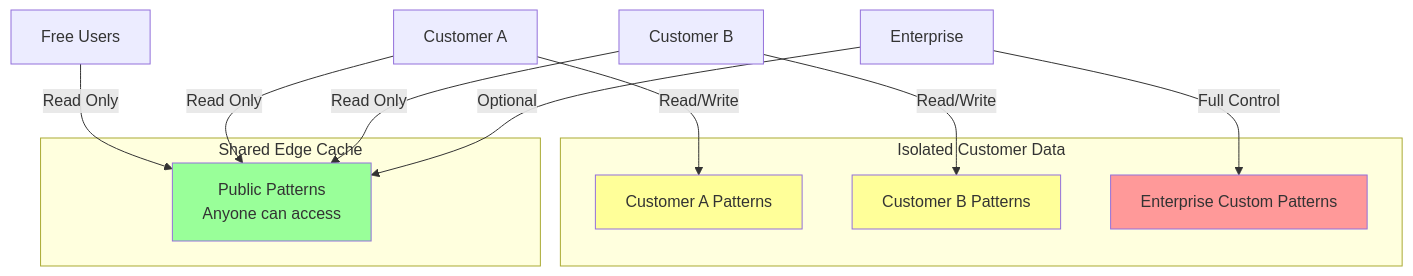
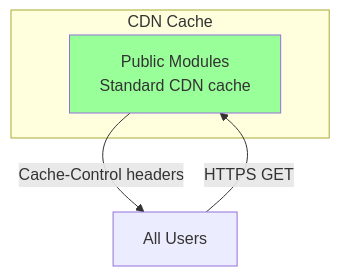
One commit to adamzwasserman/genX changed the ninth of 10 diagrams in docs/architecture/genx-common-infrastructure-architecture-v1.0.md. Above: the diagram before and after it, drawn with Mermaid. The commit also changed other lines of this file and 26 other files, not shown here.

````diff
--- a/docs/architecture/genx-common-infrastructure-architecture-v1.0.md
+++ b/docs/architecture/genx-common-infrastructure-architecture-v1.0.md
@@ -959,25 +807,11 @@
 ```mermaid
 graph TB
-    subgraph "Shared Edge Cache"
-        C1[Public Patterns<br/>Anyone can access]
+    subgraph "CDN Cache"
+        C1[Public Modules<br/>Standard CDN cache]
     end
-    
-    subgraph "Isolated Customer Data"
-        C2[Customer A Patterns]
-        C3[Customer B Patterns]
-        C4[Enterprise Custom Patterns]
-    end
-    
-    Free[Free Users] -->|Read Only| C1
-    CustomerA[Customer A] -->|Read/Write| C2
-    CustomerA -->|Read Only| C1
-    CustomerB[Customer B] -->|Read/Write| C3
-    CustomerB -->|Read Only| C1
-    Enterprise[Enterprise] -->|Full Control| C4
-    Enterprise -->|Optional| C1
-    
+
+    Users[All Users] -->|HTTPS GET| C1
+    C1 -->|Cache-Control headers| Users
+
     style C1 fill:#9f9
-    style C2 fill:#ff9
-    style C3 fill:#ff9
-    style C4 fill:#f99
 ```
````
